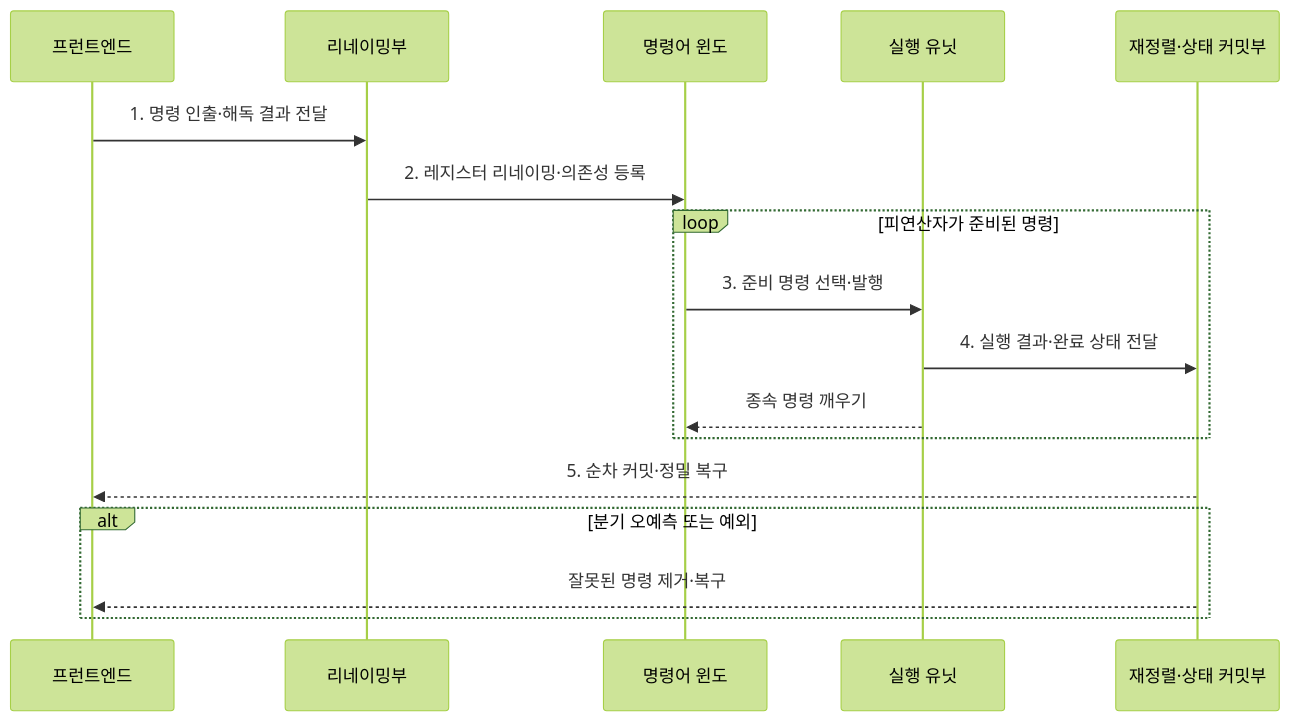
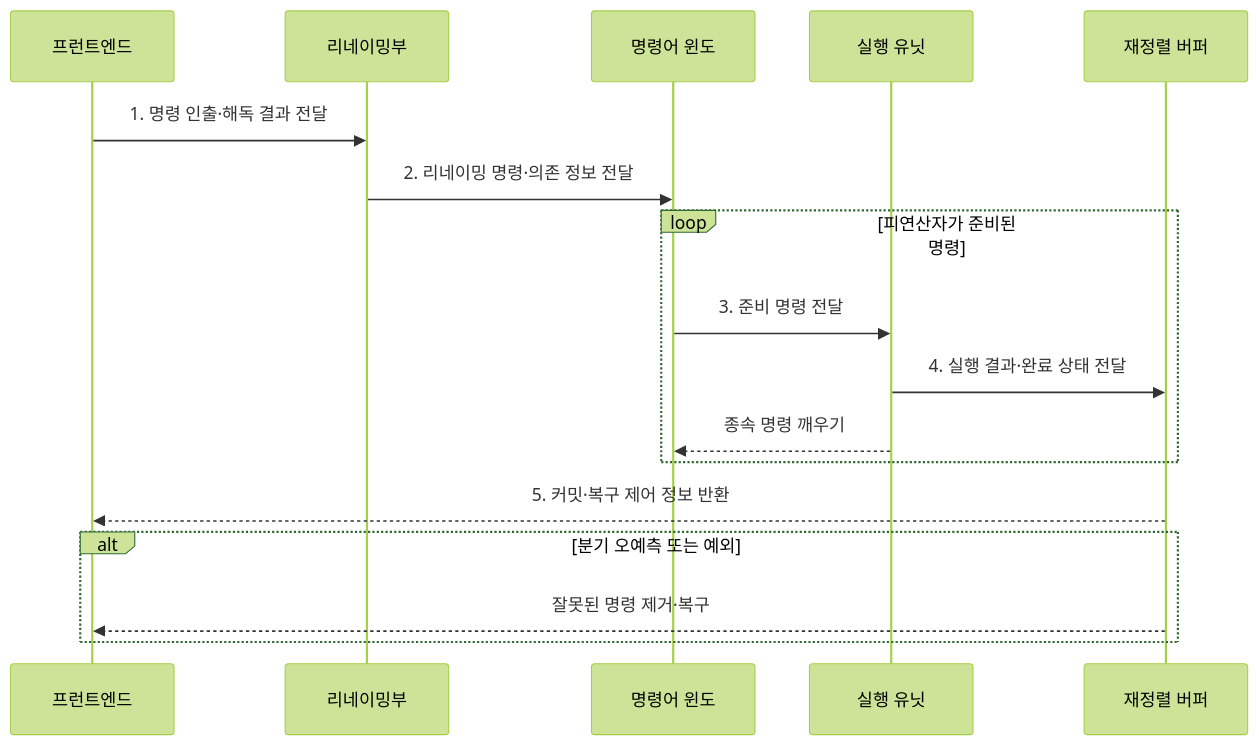
The second of 2 diagrams in src/content/docs/notes/02-hardware/009_instruction_level_parallelism.md (agnusdei1207/knowledge-base), drawn with Mermaid (forest theme) before and after one commit. The commit also changed other lines of this file and 20 other files, not shown here.

````diff
--- a/src/content/docs/notes/02-hardware/009_instruction_level_parallelism.md
+++ b/src/content/docs/notes/02-hardware/009_instruction_level_parallelism.md
@@ -98,20 +91,20 @@
 ```mermaid
 sequenceDiagram
     participant F as 프런트엔드
     participant N as 리네이밍부
     participant W as 명령어 윈도
     participant E as 실행 유닛
-    participant C as 재정렬·상태 커밋부
+    participant R as 재정렬 버퍼
 
     F->>N: 1. 명령 인출·해독 결과 전달
-    N->>W: 2. 레지스터 리네이밍·의존성 등록
+    N->>W: 2. 리네이밍 명령·의존 정보 전달
     loop 피연산자가 준비된 명령
-        W->>E: 3. 준비 명령 선택·발행
-        E->>C: 4. 실행 결과·완료 상태 전달
+        W->>E: 3. 준비 명령 전달
+        E->>R: 4. 실행 결과·완료 상태 전달
         E-->>W: 종속 명령 깨우기
     end
-    C-->>F: 5. 순차 커밋·정밀 복구
+    R-->>F: 5. 커밋·복구 제어 정보 반환
     alt 분기 오예측 또는 예외
-        C-->>F: 잘못된 명령 제거·복구
+        R-->>F: 잘못된 명령 제거·복구
     end
 ```
````
